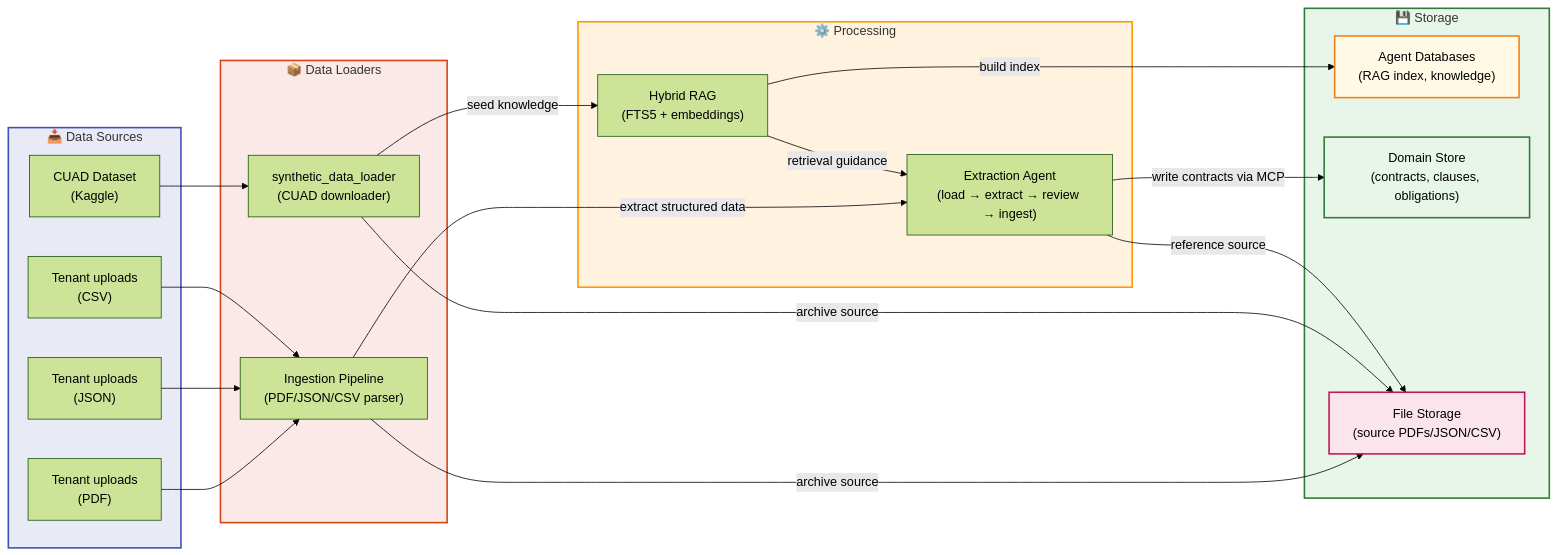
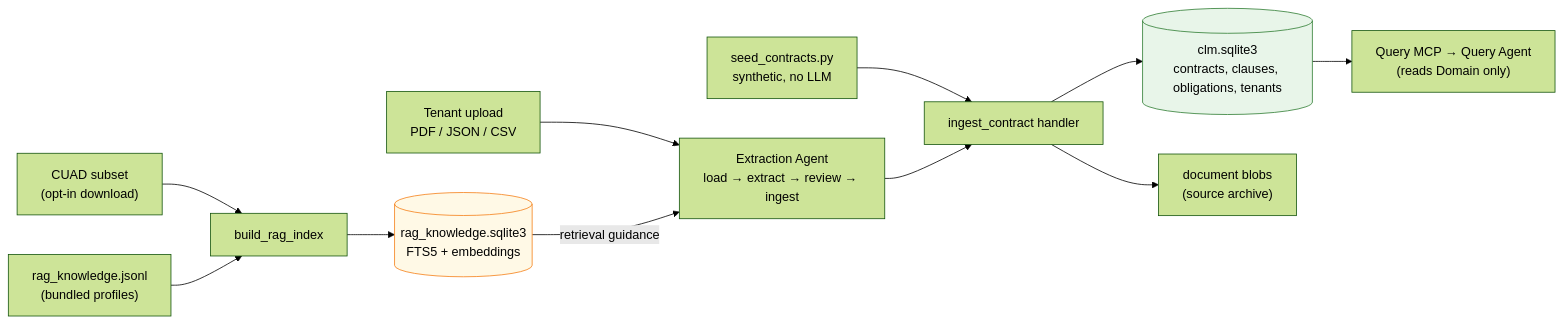
Before and after one commit to sepractioners/capstone: the diagram in docs/data-lifecycle.md, drawn with Mermaid (forest theme). The commit also changed other lines of this file and 6 other files, not shown here.

````diff
--- a/docs/data-lifecycle.md
+++ b/docs/data-lifecycle.md
@@ -16,50 +25,18 @@
 ```mermaid
 graph LR
-    subgraph Sources["📥 Data Sources"]
-        TenantPDF["Tenant uploads<br/>(PDF)"]
-        TenantJSON["Tenant uploads<br/>(JSON)"]
-        TenantCSV["Tenant uploads<br/>(CSV)"]
-        CUAD["CUAD Dataset<br/>(Kaggle)"]
-    end
-    
-    subgraph Loaders["📦 Data Loaders"]
-        SyntheticLoader["synthetic_data_loader<br/>(CUAD downloader)"]
-        Ingestion["Ingestion Pipeline<br/>(PDF/JSON/CSV parser)"]
-    end
-    
-    subgraph Processing["⚙️ Processing"]
-        Extract["Extraction Agent<br/>(load → extract → review → ingest)"]
-        RAG["Hybrid RAG<br/>(FTS5 + embeddings)"]
-    end
-    
-    subgraph Storage["💾 Storage"]
-        AgentDB["Agent Databases<br/>(RAG index, knowledge)"]
-        DomainDB["Domain Store<br/>(contracts, clauses, obligations)"]
-        FileStore["File Storage<br/>(source PDFs/JSON/CSV)"]
-    end
-    
-    TenantPDF --> Ingestion
-    TenantJSON --> Ingestion
-    TenantCSV --> Ingestion
-    CUAD --> SyntheticLoader
-    
-    Ingestion -->|extract structured data| Extract
-    SyntheticLoader -->|seed knowledge| RAG
-    
-    Extract -->|write contracts via MCP| DomainDB
-    RAG -->|retrieval guidance| Extract
-    
-    Ingestion -->|archive source| FileStore
-    SyntheticLoader -->|archive source| FileStore
-    Extract -->|reference source| FileStore
-    
-    RAG -->|build index| AgentDB
-    
-    style Sources fill:#e8eaf6,stroke:#3f51b5,stroke-width:2px
-    style Loaders fill:#fbe9e7,stroke:#d84315,stroke-width:2px
-    style Processing fill:#fff3e0,stroke:#ff9800,stroke-width:2px
-    style Storage fill:#e8f5e9,stroke:#2e7d32,stroke-width:2px
-    style AgentDB fill:#fff9e6,stroke:#f57f17,stroke-width:2px
-    style DomainDB fill:#e8f5e9,stroke:#2e7d32,stroke-width:2px
-    style FileStore fill:#fce4ec,stroke:#c2185b,stroke-width:2px
+    Upload["Tenant upload<br/>PDF / JSON / CSV"] --> Extract["Extraction Agent<br/>load → extract → review → ingest"]
+    Seed["seed_contracts.py<br/>synthetic, no LLM"] --> Ingest["ingest_contract handler"]
+    Extract --> Ingest
+    Ingest --> Domain[("clm.sqlite3<br/>contracts, clauses, obligations, tenants")]
+    Ingest --> Blob["document blobs<br/>(source archive)"]
+
+    CUAD["CUAD subset<br/>(opt-in download)"] --> BuildRAG["build_rag_index"]
+    Bundled["rag_knowledge.jsonl<br/>(bundled profiles)"] --> BuildRAG
+    BuildRAG --> KB[("rag_knowledge.sqlite3<br/>FTS5 + embeddings")]
+    KB -->|retrieval guidance| Extract
+
+    Domain --> QueryMCP["Query MCP → Query Agent<br/>(reads Domain only)"]
+
+    style Domain fill:#e8f5e9,stroke:#2e7d32
+    style KB fill:#fff9e6,stroke:#f57f17
 ```
````
